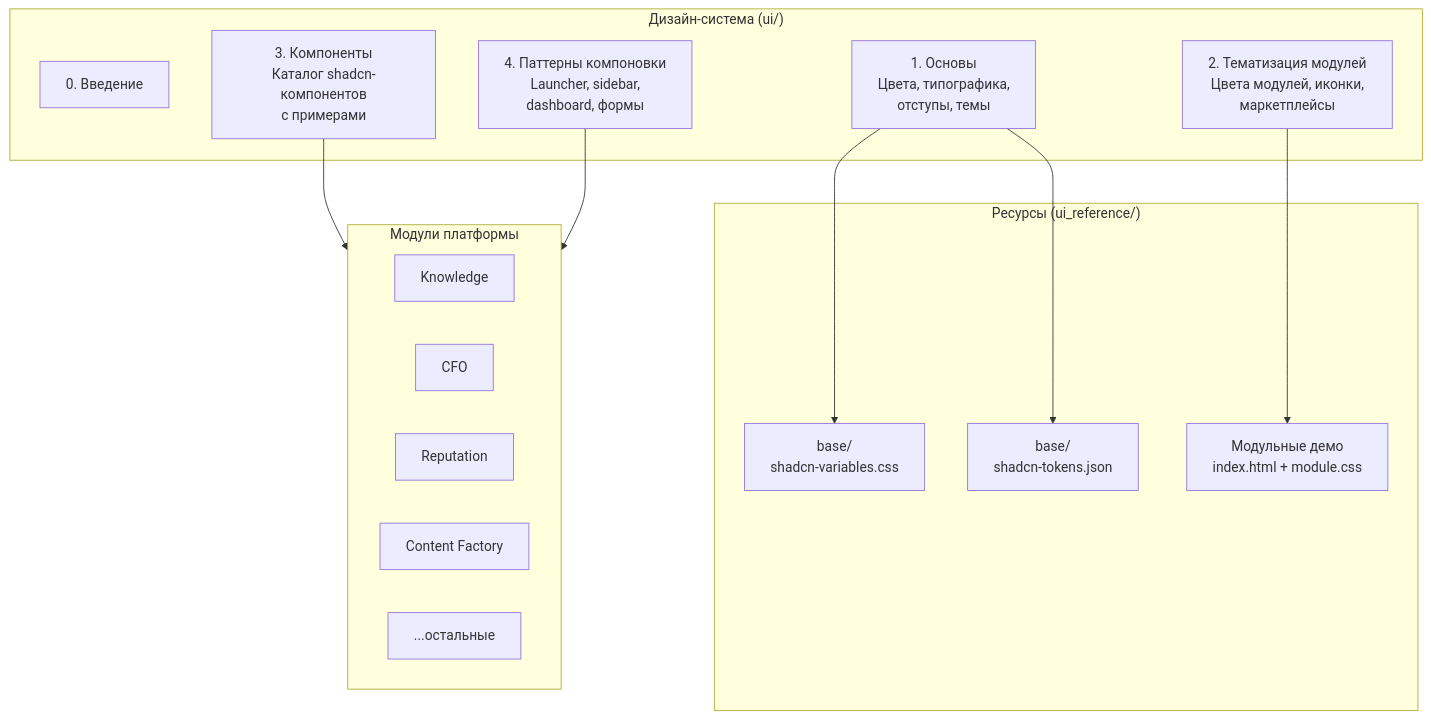
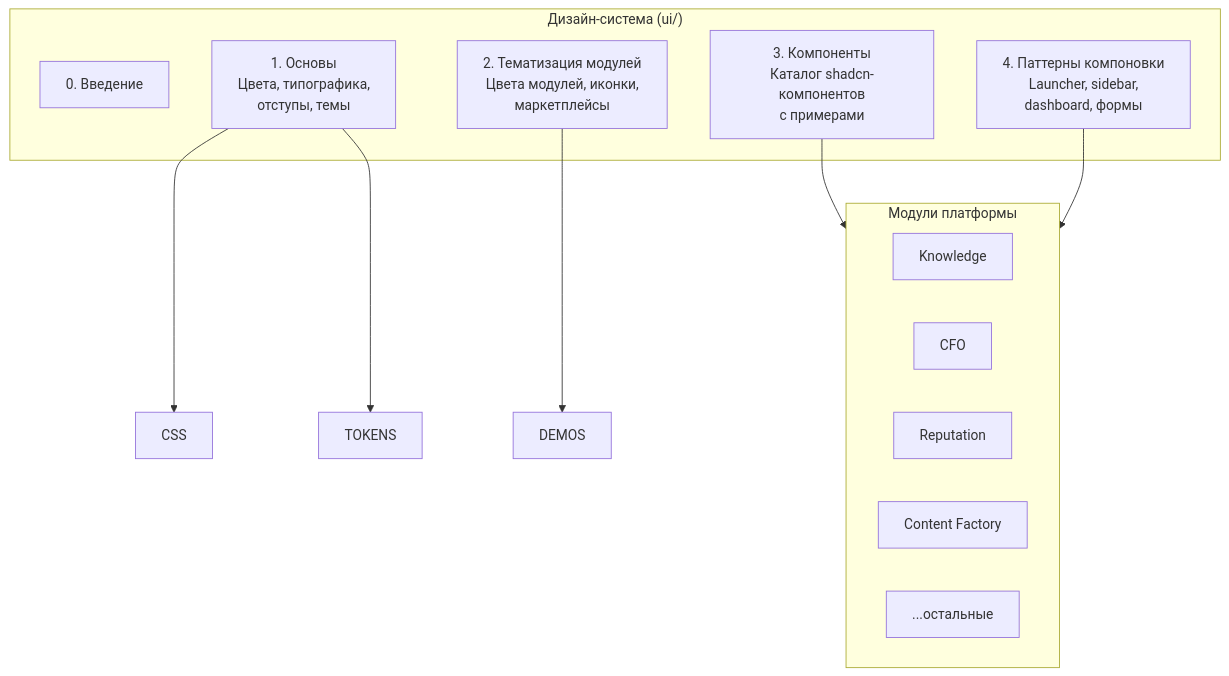
One commit to Sign25/Docs changed the diagram in ui/adolf_ui_0_introduction.md. Above: the diagram before and after it, drawn with Mermaid. The commit also changed other lines of this file, not shown here.

Commit message:
refactor(ui): remove ui_reference refs from docs v1.1

````diff
--- a/ui/adolf_ui_0_introduction.md
+++ b/ui/adolf_ui_0_introduction.md
@@ -39,30 +39,25 @@
 ```mermaid
 flowchart TB
     subgraph DS["Дизайн-система (ui/)"]
         INTRO["0. Введение"]
         FOUND["1. Основы<br/>Цвета, типографика,<br/>отступы, темы"]
         THEME["2. Тематизация модулей<br/>Цвета модулей, иконки,<br/>маркетплейсы"]
         COMP["3. Компоненты<br/>Каталог shadcn-компонентов<br/>с примерами"]
         LAYOUT["4. Паттерны компоновки<br/>Launcher, sidebar,<br/>dashboard, формы"]
     end
 
-    subgraph REF["Ресурсы (ui_reference/)"]
-        CSS["base/<br/>shadcn-variables.css"]
-        TOKENS["base/<br/>shadcn-tokens.json"]
-        DEMOS["Модульные демо<br/>index.html + module.css"]
-    end
 
     subgraph MODULES["Модули платформы"]
         M1["Knowledge"]
         M2["CFO"]
         M3["Reputation"]
         M4["Content Factory"]
         M5["...остальные"]
     end
 
     FOUND --> CSS
     FOUND --> TOKENS
     THEME --> DEMOS
     COMP --> MODULES
     LAYOUT --> MODULES
 ```
````
